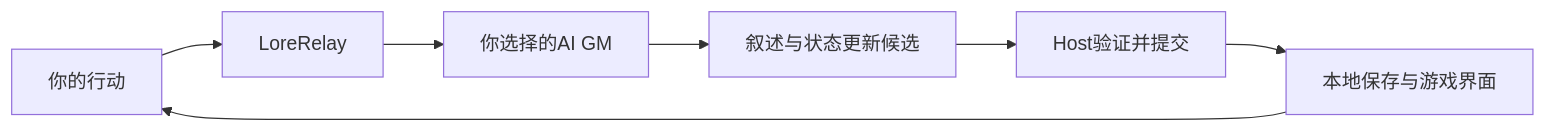
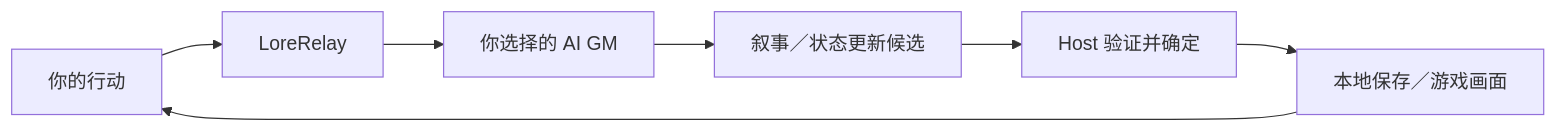
Before and after one commit to GGF1sh/LoreRelay: the diagram in README_zh-CN.md, drawn with Mermaid. The commit also changed other lines of this file, not shown here.

````diff
--- a/README_zh-CN.md
+++ b/README_zh-CN.md
@@ -68,9 +176,9 @@
 ```mermaid
 flowchart LR
     Human["你的行动"] --> Host["LoreRelay"]
-    Host --> AI["你选择的AI GM"]
-    AI --> Candidate["叙述与状态更新候选"]
-    Candidate --> Accept["Host验证并提交"]
-    Accept --> Local["本地保存与游戏界面"]
+    Host --> AI["你选择的 AI GM"]
+    AI --> Candidate["叙事／状态更新候选"]
+    Candidate --> Accept["Host 验证并确定"]
+    Accept --> Local["本地保存／游戏画面"]
     Local --> Human
 ```
````
